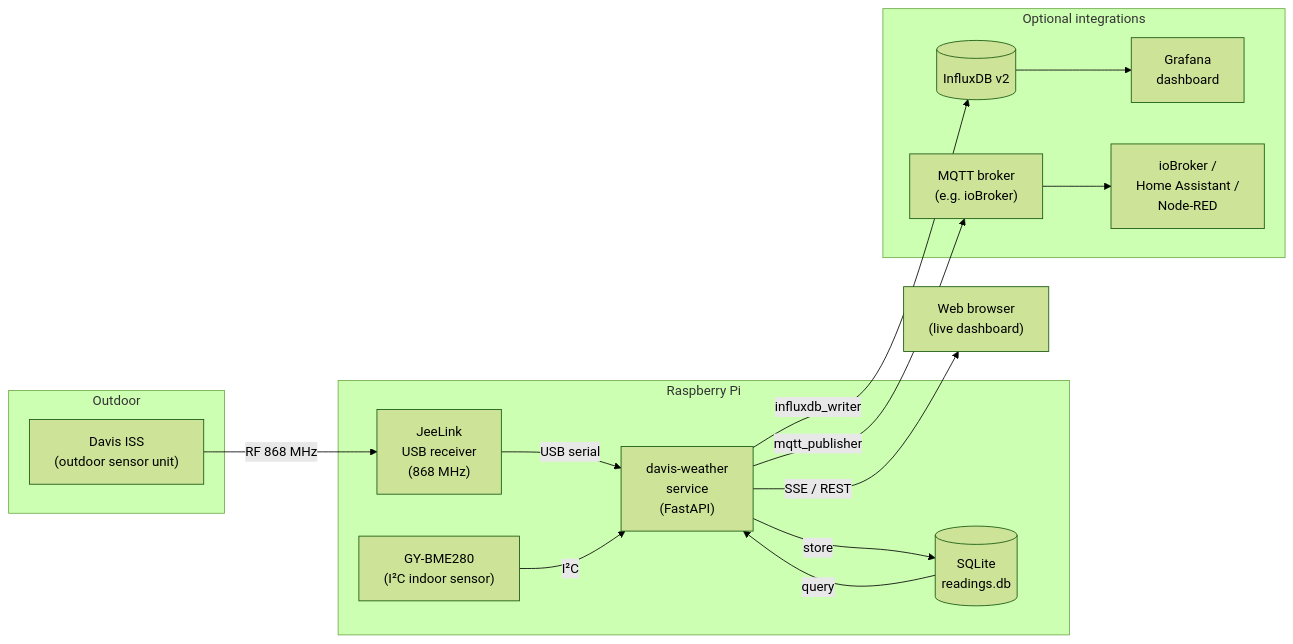
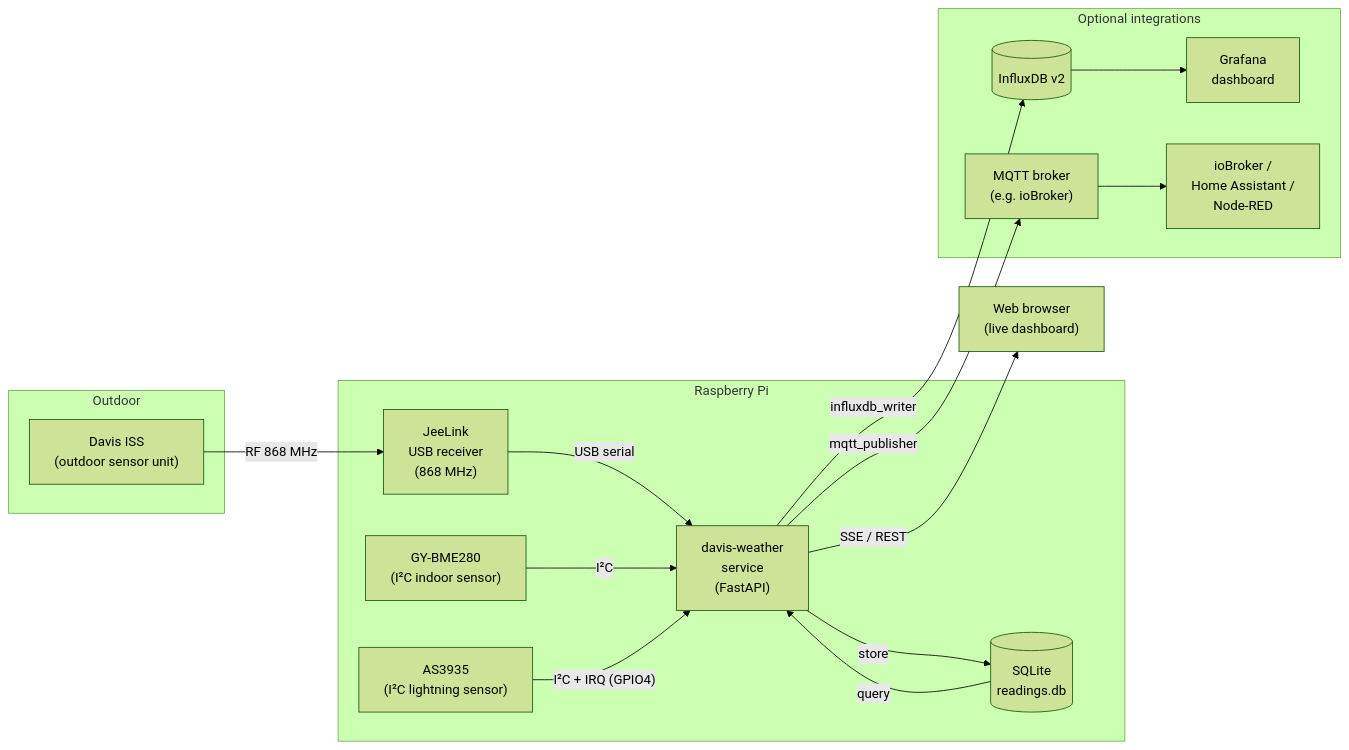
Before and after one commit to McCavity/jeelink-davis: the diagram in README.md, drawn with Mermaid (forest theme). The commit also changed other lines of this file and 19 other files, not shown here.

````diff
--- a/README.md
+++ b/README.md
@@ -63,33 +63,35 @@
 ```mermaid
 flowchart LR
     subgraph Outdoor
         ISS["Davis ISS\n(outdoor sensor unit)"]
     end
 
     subgraph Raspberry Pi
         JL["JeeLink\nUSB receiver\n(868 MHz)"]
         SVC["davis-weather\nservice\n(FastAPI)"]
         DB[("SQLite\nreadings.db")]
         BME["GY-BME280\n(I²C indoor sensor)"]
+        AS["AS3935\n(I²C lightning sensor)"]
     end
 
     subgraph Optional integrations
         IDB[("InfluxDB v2")]
         GF["Grafana\ndashboard"]
         MQ["MQTT broker\n(e.g. ioBroker)"]
         IOB["ioBroker /\nHome Assistant /\nNode-RED"]
     end
 
     Browser["Web browser\n(live dashboard)"]
 
     ISS -- "RF 868 MHz" --> JL
     JL -- "USB serial" --> SVC
     BME -- "I²C" --> SVC
+    AS -- "I²C + IRQ (GPIO4)" --> SVC
     SVC -- "store" --> DB
     DB -- "query" --> SVC
     SVC -- "SSE / REST" --> Browser
     SVC -- "influxdb_writer" --> IDB
     IDB --> GF
     SVC -- "mqtt_publisher" --> MQ
     MQ --> IOB
 ```
````
